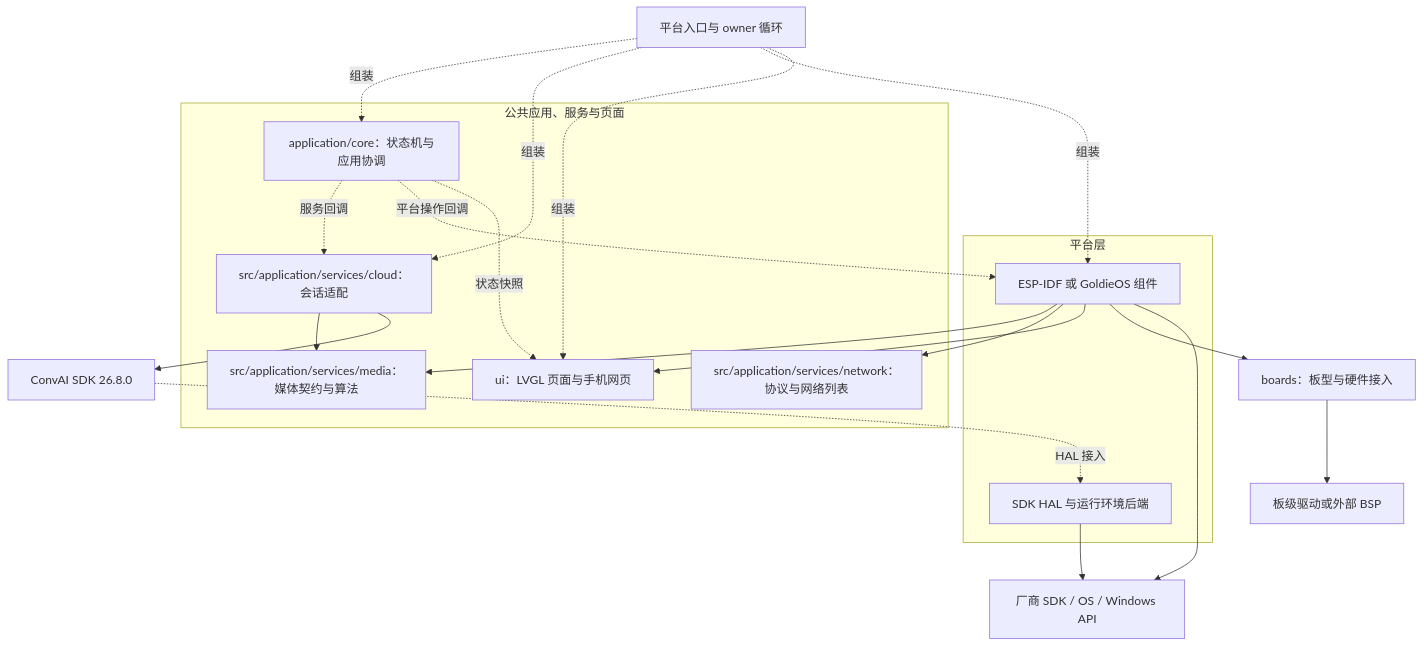
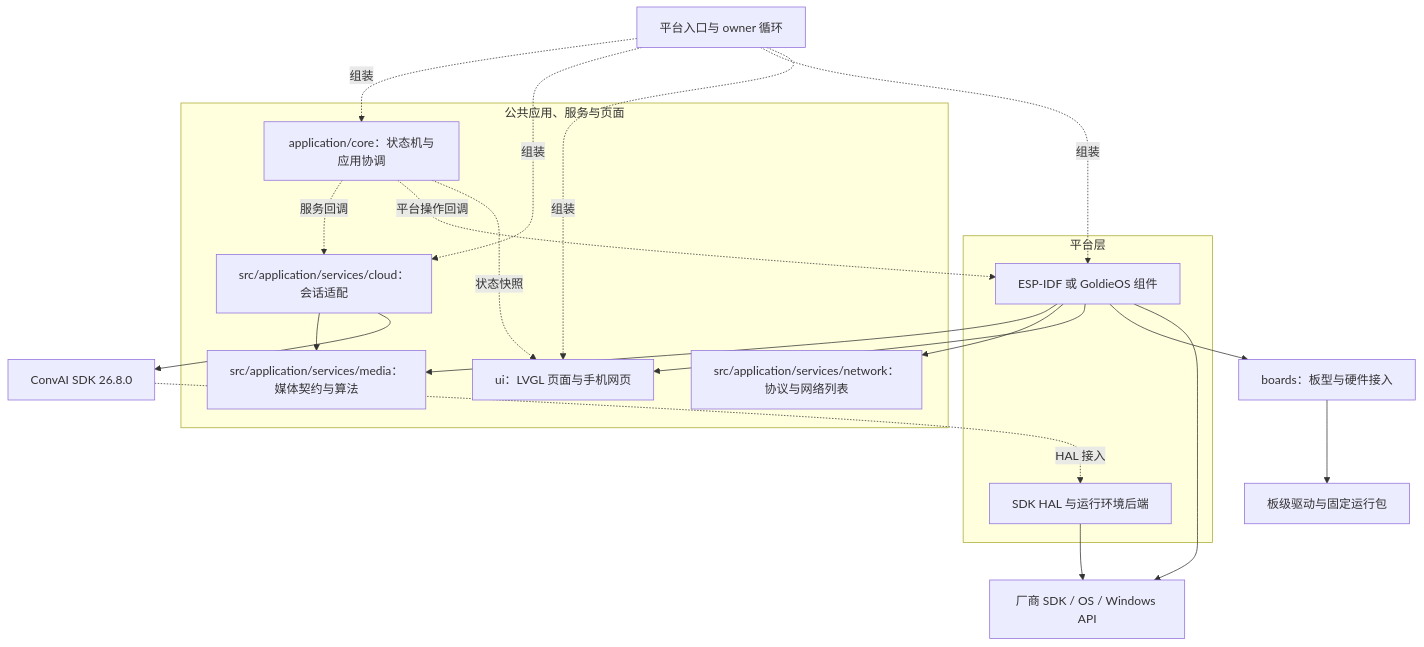
One commit to dbwu/ai-hardware-agent-examples changed the first of 4 diagrams in docs/architecture-walkthrough.md. Above: the diagram before and after it, drawn with Mermaid. The commit also changed other lines of this file and 42 other files, not shown here.

````diff
--- a/docs/architecture-walkthrough.md
+++ b/docs/architecture-walkthrough.md
@@ -39,31 +39,31 @@
 ```mermaid
 flowchart TB
     Entry[平台入口与 owner 循环] -.组装.-> App
     Entry -.组装.-> Cloud
     Entry -.组装.-> Port
     Entry -.组装.-> UI
     subgraph Common[公共应用、服务与页面]
         App[application/core：状态机与应用协调]
         Cloud[src/application/services/cloud：会话适配]
         Media[src/application/services/media：媒体契约与算法]
         Net[src/application/services/network：协议与网络列表]
         UI[ui：LVGL 页面与手机网页]
     end
     App -.服务回调.-> Cloud
     App -.平台操作回调.-> Port
     App -.状态快照.-> UI
     Cloud --> Media
     Cloud --> SDK[ConvAI SDK 26.8.0]
     subgraph Platform[平台层]
         Port[ESP-IDF 或 GoldieOS 组件]
         HAL[SDK HAL 与运行环境后端]
     end
     Port --> Media
     Port --> Net
     Port --> UI
     Port --> Board[boards：板型与硬件接入]
     SDK -.HAL 接入.-> HAL
     Port --> OS[厂商 SDK / OS / Windows API]
     HAL --> OS
-    Board --> BSP[板级驱动或外部 BSP]
+    Board --> BSP[板级驱动与固定运行包]
 ```
````
